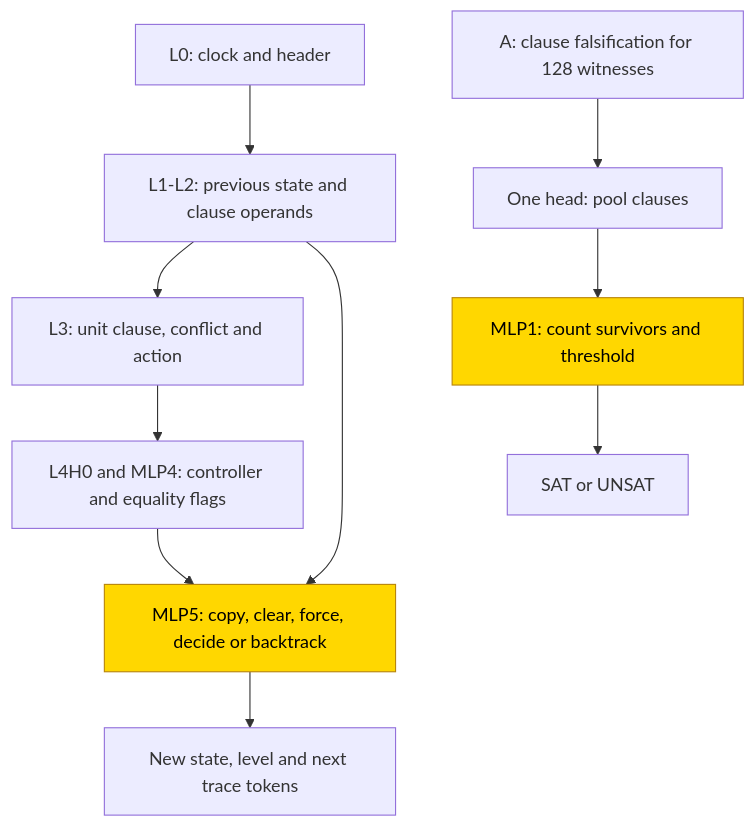
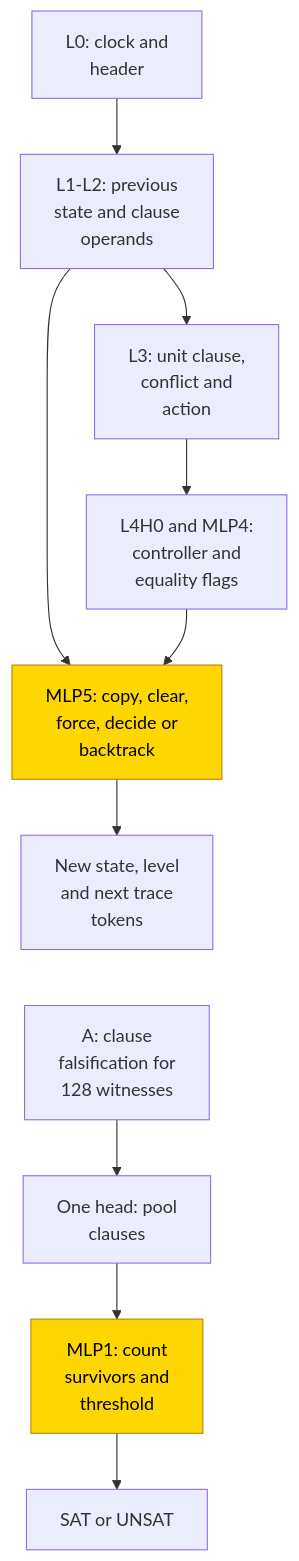
The first of 2 diagrams in entries/dpll-search.md (jc1122/mechanistic-interpretability-circuit-atlas), drawn with Mermaid before and after one commit. The commit also changed other lines of this file and 39 other files, not shown here.

````diff
--- a/entries/dpll-search.md
+++ b/entries/dpll-search.md
@@ -68,16 +68,18 @@
 ```mermaid
 flowchart TD
     accTitle: Hand-built search controller and answer-only witness route
     accDescr: Clock and previous-state retrieval feed clause selection, a conflict controller and the local state update. A separate answer-only route pools clause tests over fixed witnesses and thresholds survivors. Only the marked update or threshold MLP is trained in the respective PART format; search and witness computation remain frozen.
-  A["L0: clock and header"] --> B["L1-L2: previous state and clause operands"]
-  B --> C["L3: unit clause, conflict and action"]
-  C --> D["L4H0 and MLP4: controller and equality flags"]
-  B --> E["MLP5: copy, clear, force, decide or backtrack"]
+  A["L0: clock and<br/>header"] --> B["L1-L2: previous<br/>state and clause<br/>operands"]
+  B --> C["L3: unit clause,<br/>conflict and<br/>action"]
+  C --> D["L4H0 and MLP4:<br/>controller and<br/>equality flags"]
+  B --> E["MLP5: copy, clear,<br/>force, decide or<br/>backtrack"]
   D --> E
-  E --> F["New state, level and next trace tokens"]
-  G["A: clause falsification for 128 witnesses"] --> H["One head: pool clauses"]
-  H --> I["MLP1: count survivors and threshold"]
+  E --> F["New state, level<br/>and next trace<br/>tokens"]
+  G["A: clause<br/>falsification for<br/>128 witnesses"] --> H["One head: pool<br/>clauses"]
+  H --> I["MLP1: count<br/>survivors and<br/>threshold"]
   I --> J["SAT or UNSAT"]
   classDef trained fill:gold,stroke:darkgoldenrod,color:black
   class E,I trained
+    %% Invisible links constrain vertical layout only, not computation.
+    F ~~~ G
 ```
````
